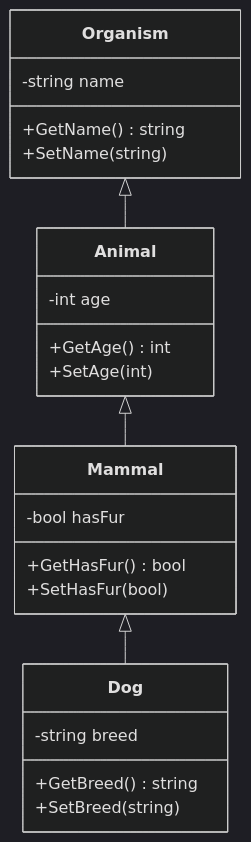
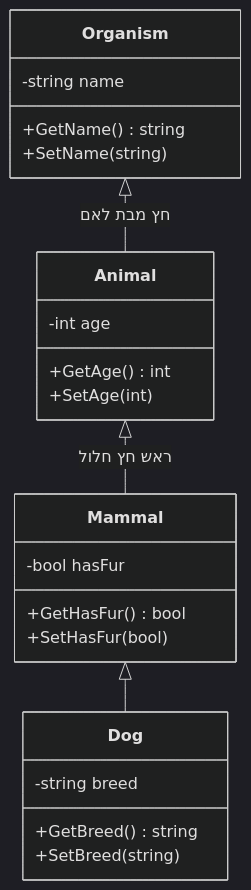
Before and after one commit to 3strategy/BeautifulMivney: the diagram in oop/01inheritance.md, drawn with Mermaid (dark theme). The commit also changed other lines of this file and 3 other files, not shown here.

Commit message:
added a 2 column to inheritance. switched to class diagrams

```diff
--- a/oop/01inheritance.md
+++ b/oop/01inheritance.md
@@ -40,28 +40,30 @@
 <div class="mermaid" style="direction:ltr">
 classDiagram
     direction TB
     class Organism {
       -string name
       +GetName() string
       +SetName(string)
     }
     class Animal {
       -int age
       +GetAge() int
       +SetAge(int)
     }
     class Mammal {
       -bool hasFur
       +GetHasFur() bool
       +SetHasFur(bool)
     }
     class Dog {
       -string breed
       +GetBreed() string
       +SetBreed(string)
     }
 
-    Organism <|-- Animal
-    Animal <|-- Mammal
+
+    Organism <|-- Animal : חץ מבת לאם
+    Animal <|-- Mammal :ראש חץ חלול
     Mammal <|-- Dog
+
 </div>
```
